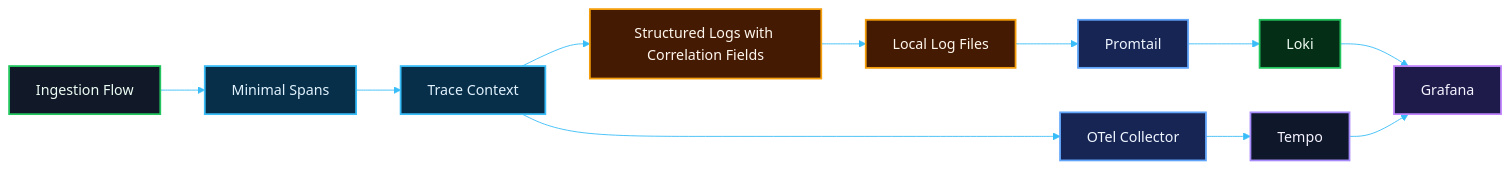
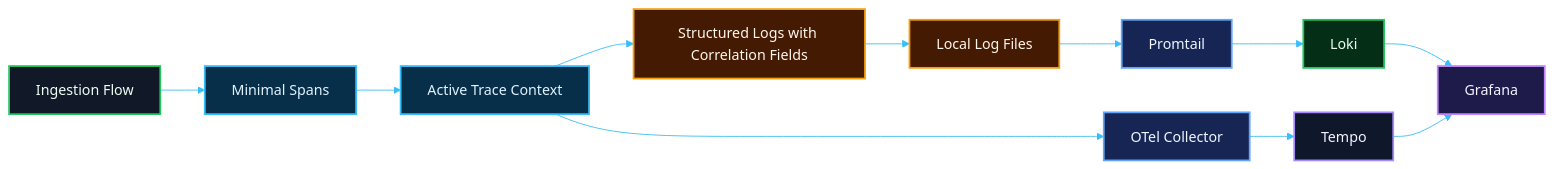
The diagram in PR 17 — Primeira Correlação Operacional Mínima entre Logs e Traces.md (matheusdiamantino-betalent/questions-ai), drawn with Mermaid before and after one commit. The commit also changed other lines of this file, not shown here.

````diff
--- a/PR 17 — Primeira Correlação Operacional Mínima entre Logs e Traces.md
+++ b/PR 17 — Primeira Correlação Operacional Mínima entre Logs e Traces.md
@@ -215,37 +211,37 @@
 ```mermaid
 %%{init: {
   "theme": "base",
   "themeVariables": {
     "background": "#0b1020",
     "primaryColor": "#111827",
     "primaryTextColor": "#e5f0ff",
     "primaryBorderColor": "#22d3ee",
     "lineColor": "#38bdf8",
     "secondaryColor": "#0f172a",
     "tertiaryColor": "#111827",
     "fontFamily": "Inter, Segoe UI, Arial",
     "clusterBkg": "#0f172a",
     "clusterBorder": "#334155"
   }
 }}%%
 flowchart LR
     A[Ingestion Flow]:::app --> B[Minimal Spans]:::trace
-    B --> C[Trace Context]:::trace
+    B --> C[Active Trace Context]:::trace
     C --> D[Structured Logs with Correlation Fields]:::logs
     D --> E[Local Log Files]:::logs
     E --> F[Promtail]:::collector
     F --> G[Loki]:::storage
     G --> H[Grafana]:::ui
 
     C --> I[OTel Collector]:::collector
     I --> J[Tempo]:::traceStore
     J --> H
 
     classDef app fill:#111827,stroke:#22c55e,color:#ecfdf5,stroke-width:2px;
     classDef logs fill:#451a03,stroke:#f59e0b,color:#fff7ed,stroke-width:2px;
     classDef collector fill:#172554,stroke:#60a5fa,color:#eff6ff,stroke-width:2px;
     classDef storage fill:#052e16,stroke:#22c55e,color:#f0fdf4,stroke-width:2px;
     classDef ui fill:#1e1b4b,stroke:#c084fc,color:#f5f3ff,stroke-width:2px;
     classDef trace fill:#082f49,stroke:#38bdf8,color:#e0f2fe,stroke-width:2px;
     classDef traceStore fill:#0f172a,stroke:#a78bfa,color:#f5f3ff,stroke-width:2px;
 ```
````
